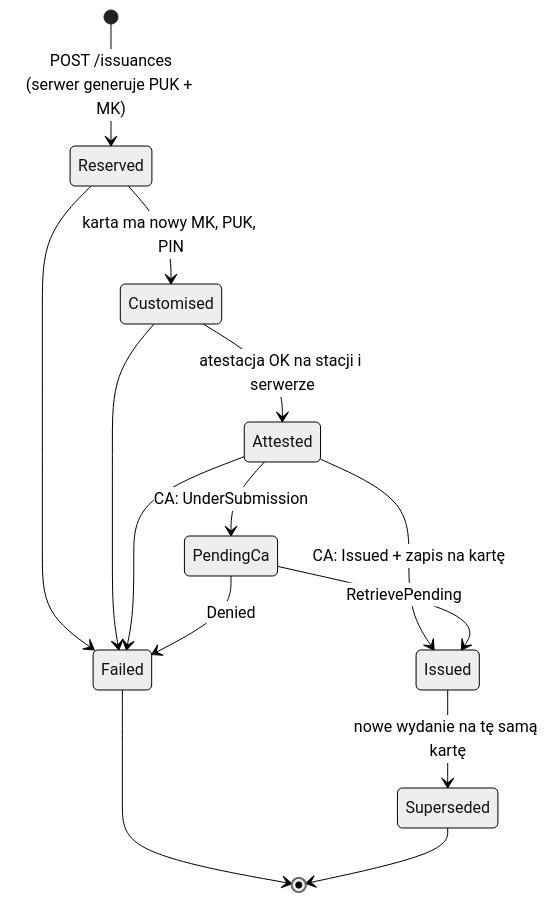
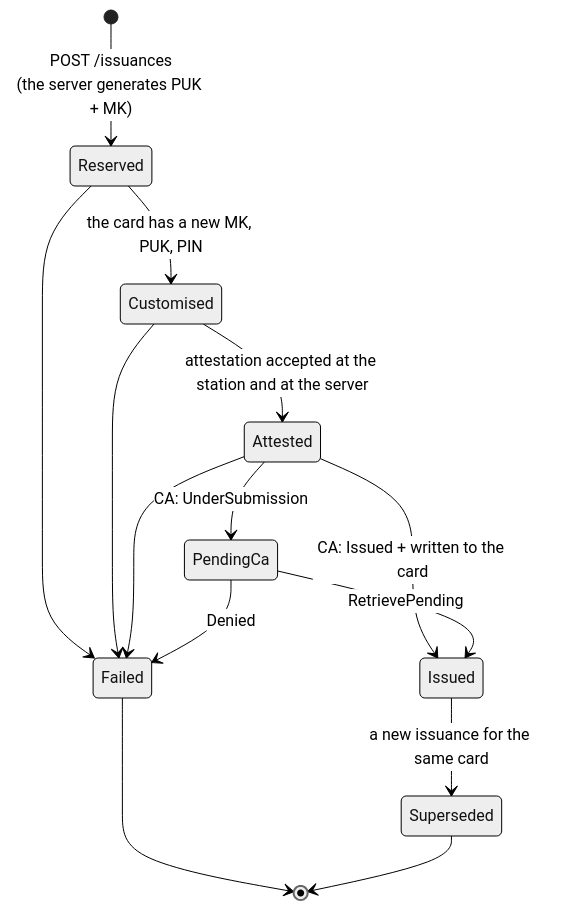
Before and after one commit to franekSoftSF/BlinkyLite: the third of 3 diagrams in docs/01-architecture.md, drawn with Mermaid (neutral theme). The commit also changed other lines of this file and 30 other files, not shown here.

````diff
--- a/docs/01-architecture.md
+++ b/docs/01-architecture.md
@@ -171,16 +176,16 @@
 ```mermaid
 stateDiagram-v2
-    [*] --> Reserved: POST /issuances<br/>(serwer generuje PUK + MK)
-    Reserved --> Customised: karta ma nowy MK, PUK, PIN
-    Customised --> Attested: atestacja OK na stacji i serwerze
+    [*] --> Reserved: POST /issuances<br/>(the server generates PUK + MK)
+    Reserved --> Customised: the card has a new MK, PUK, PIN
+    Customised --> Attested: attestation accepted at the station and at the server
     Attested --> PendingCa: CA: UnderSubmission
-    Attested --> Issued: CA: Issued + zapis na kartę
+    Attested --> Issued: CA: Issued + written to the card
     PendingCa --> Issued: RetrievePending
     Reserved --> Failed
     Customised --> Failed
     Attested --> Failed
     PendingCa --> Failed: Denied
-    Issued --> Superseded: nowe wydanie na tę samą kartę
+    Issued --> Superseded: a new issuance for the same card
     Failed --> [*]
     Superseded --> [*]
 ```
````
